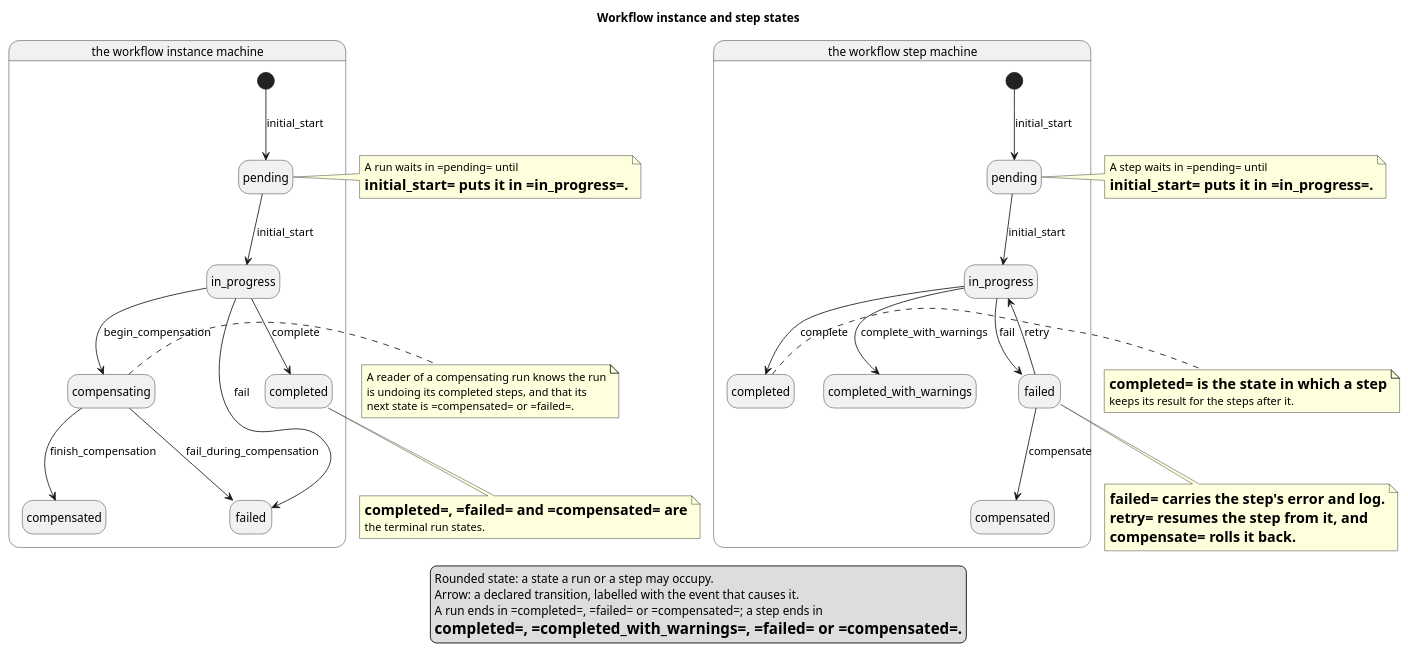
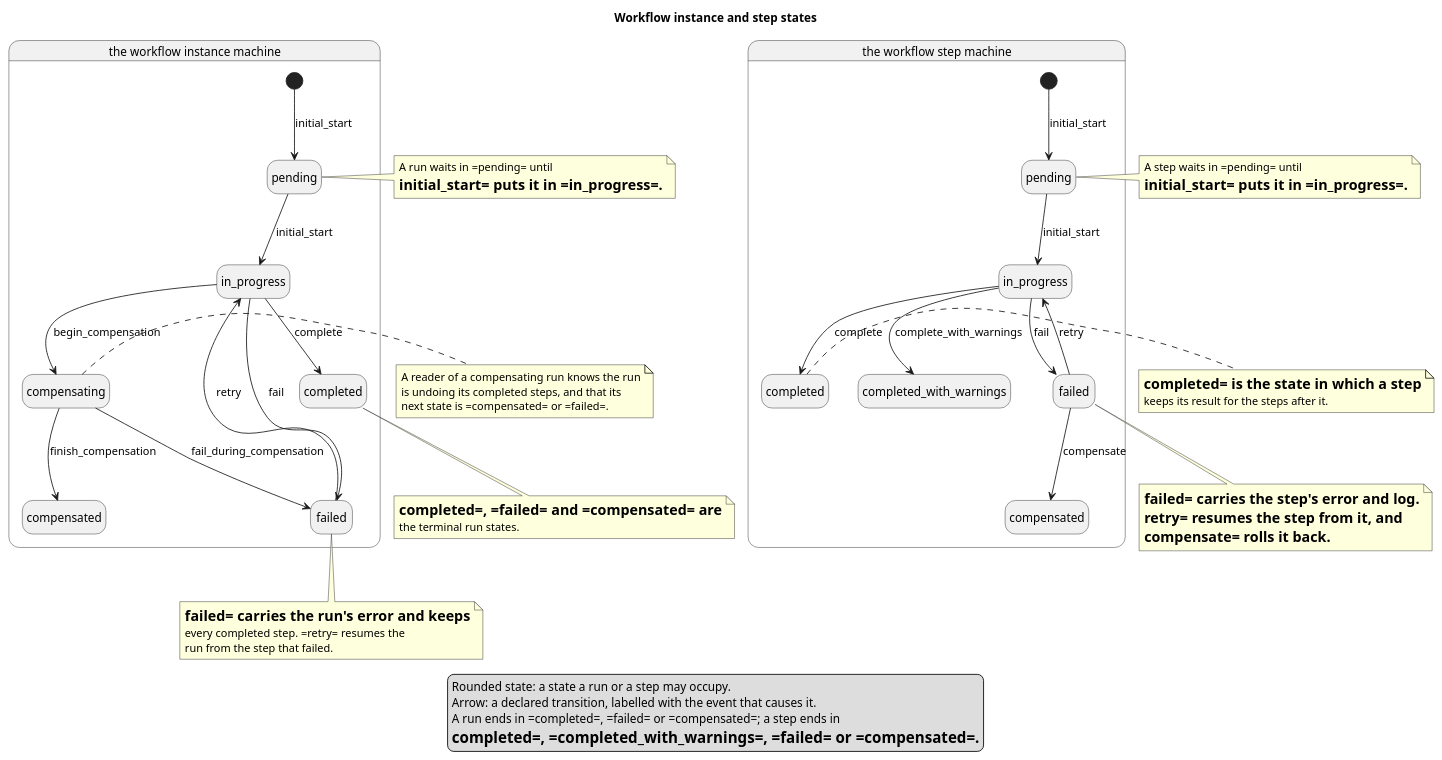
One commit to OreStudio/OreStudio changed the diagram in doc/knowledge/architecture/workflow_instance_states.puml. Above: the diagram before and after it, drawn with PlantUML. The commit also changed 12 other files, not shown here.

```diff
--- a/doc/knowledge/architecture/workflow_instance_states.puml
+++ b/doc/knowledge/architecture/workflow_instance_states.puml
@@ -18,82 +18,89 @@
 @startuml
 
 title Workflow instance and step states
 
 hide empty description
 
 state "the workflow instance machine" as wi {
     state "start" as i_start <<start>>
     state "pending" as i_pend
     state "in_progress" as i_prog
     state "completed" as i_done
     state "failed" as i_fail
     state "compensating" as i_comp
     state "compensated" as i_compd
 }
 
 state "the workflow step machine" as ws {
     state "start" as s_start <<start>>
     state "pending" as s_pend
     state "in_progress" as s_prog
     state "completed" as s_done
     state "completed_with_warnings" as s_warn
     state "failed" as s_fail
     state "compensated" as s_compd
 }
 
 i_start --> i_pend : initial_start
 i_pend --> i_prog : initial_start
 i_prog --> i_done : complete
 i_prog --> i_fail : fail
 i_prog --> i_comp : begin_compensation
 i_comp --> i_compd : finish_compensation
 i_comp --> i_fail : fail_during_compensation
+i_fail --> i_prog : retry
 
 s_start --> s_pend : initial_start
 s_pend --> s_prog : initial_start
 s_prog --> s_done : complete
 s_prog --> s_warn : complete_with_warnings
 s_prog --> s_fail : fail
 s_fail --> s_compd : compensate
 s_fail --> s_prog : retry
 
 note right of i_pend
     A run waits in =pending= until
     =initial_start= puts it in =in_progress=.
 end note
 
 note right of i_comp
     A reader of a compensating run knows the run
     is undoing its completed steps, and that its
     next state is =compensated= or =failed=.
 end note
 
 note right of s_pend
     A step waits in =pending= until
     =initial_start= puts it in =in_progress=.
 end note
 
 note right of s_done
     =completed= is the state in which a step
     keeps its result for the steps after it.
 end note
 
 note bottom of s_fail
     =failed= carries the step's error and log.
     =retry= resumes the step from it, and
     =compensate= rolls it back.
 end note
 
+note bottom of i_fail
+    =failed= carries the run's error and keeps
+    every completed step. =retry= resumes the
+    run from the step that failed.
+end note
+
 note bottom of i_done
     =completed=, =failed= and =compensated= are
     the terminal run states.
 end note
 
 legend bottom
     Rounded state: a state a run or a step may occupy.
     Arrow: a declared transition, labelled with the event that causes it.
     A run ends in =completed=, =failed= or =compensated=; a step ends in
     =completed=, =completed_with_warnings=, =failed= or =compensated=.
 end legend
 
 @enduml
```
